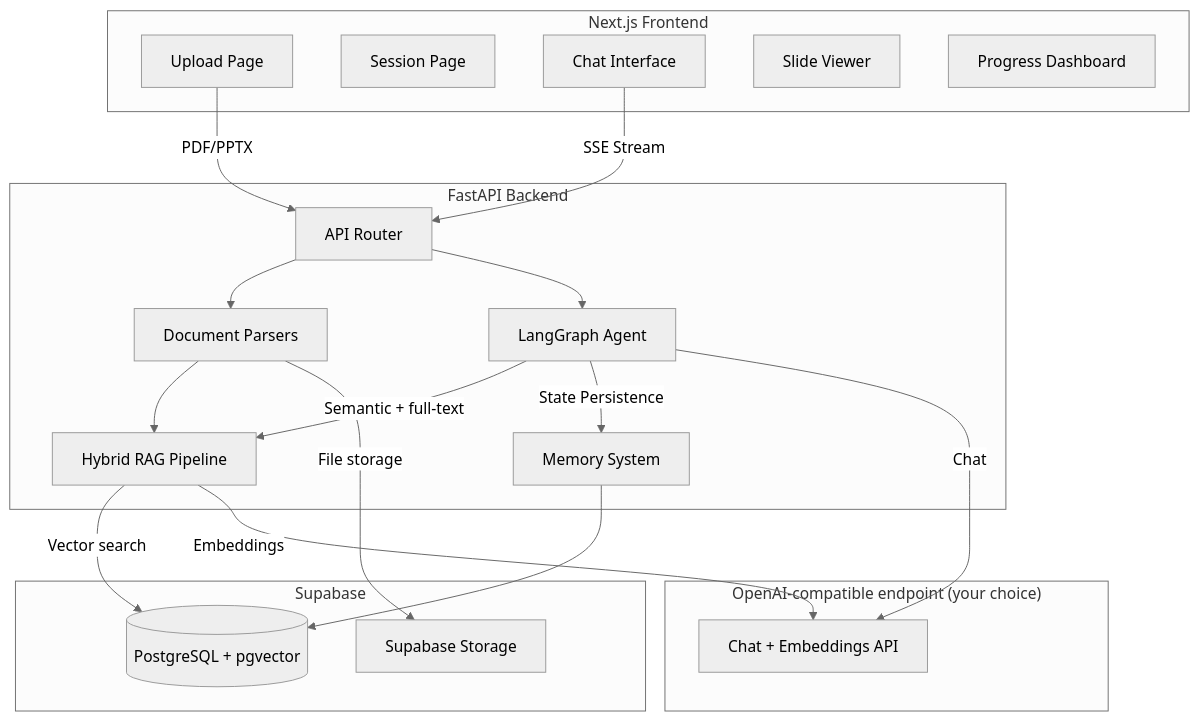
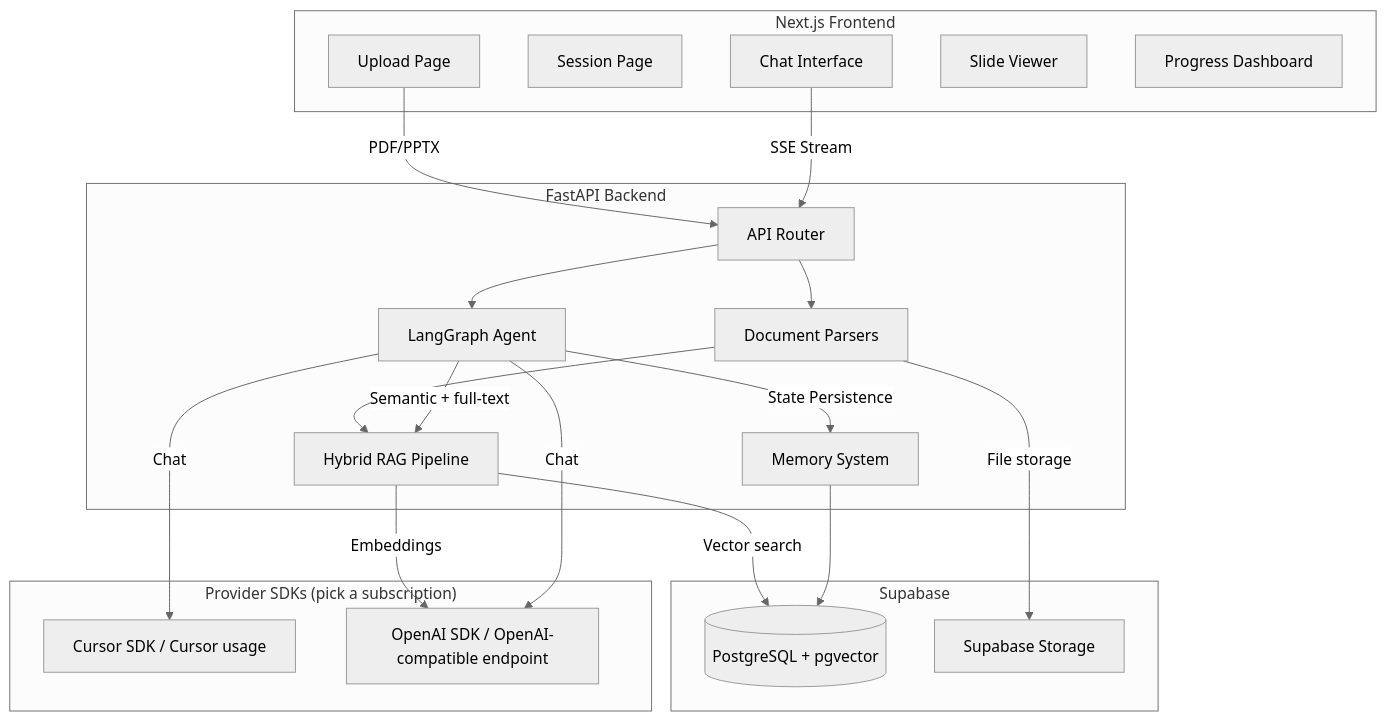
One commit to SpectrumTantrum/Slideguide changed the diagram in README.md. Above: the diagram before and after it, drawn with Mermaid (neutral theme). The commit also changed other lines of this file and 22 other files, not shown here.

First line of the commit message:
Add Cursor SDK as a first-class chat provider

````diff
--- a/README.md
+++ b/README.md
@@ -7,39 +7,41 @@
 ```mermaid
 graph TB
     subgraph Frontend["Next.js Frontend"]
         Upload[Upload Page]
         Session[Session Page]
         Chat[Chat Interface]
         Slides[Slide Viewer]
         Progress[Progress Dashboard]
     end
 
     subgraph API["FastAPI Backend"]
         Router[API Router]
         Parsers[Document Parsers]
         RAG[Hybrid RAG Pipeline]
         Agent[LangGraph Agent]
         Memory[Memory System]
     end
 
-    subgraph LLM["OpenAI-compatible endpoint (your choice)"]
-        Endpoint[Chat + Embeddings API]
+    subgraph LLM["Provider SDKs (pick a subscription)"]
+        CursorSDK[Cursor SDK / Cursor usage]
+        Endpoint[OpenAI SDK / OpenAI-compatible endpoint]
     end
 
     subgraph Supabase["Supabase"]
         Postgres[(PostgreSQL + pgvector)]
         Storage[Supabase Storage]
     end
 
     Upload -->|PDF/PPTX| Router
     Chat -->|SSE Stream| Router
     Router --> Parsers --> RAG
     Router --> Agent
     Agent -->|Semantic + full-text| RAG
     Agent -->|State Persistence| Memory
     RAG -->|Vector search| Postgres
     RAG -->|Embeddings| Endpoint
+    Agent -->|Chat| CursorSDK
     Agent -->|Chat| Endpoint
     Memory --> Postgres
     Parsers -->|File storage| Storage
 ```
````
